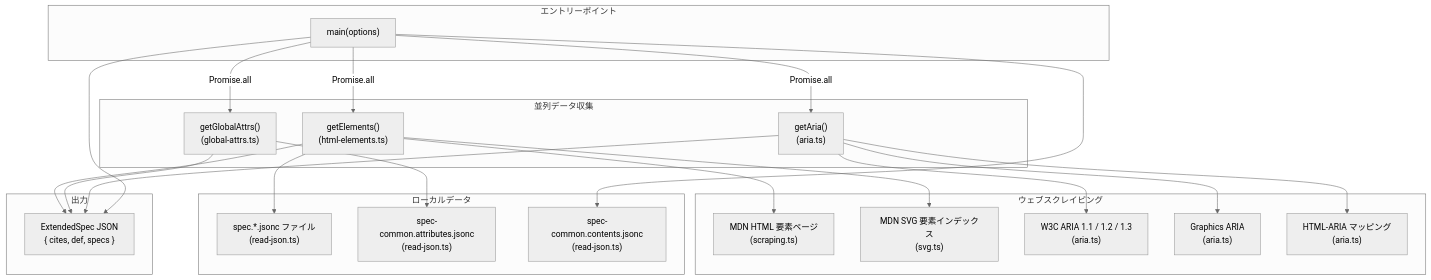
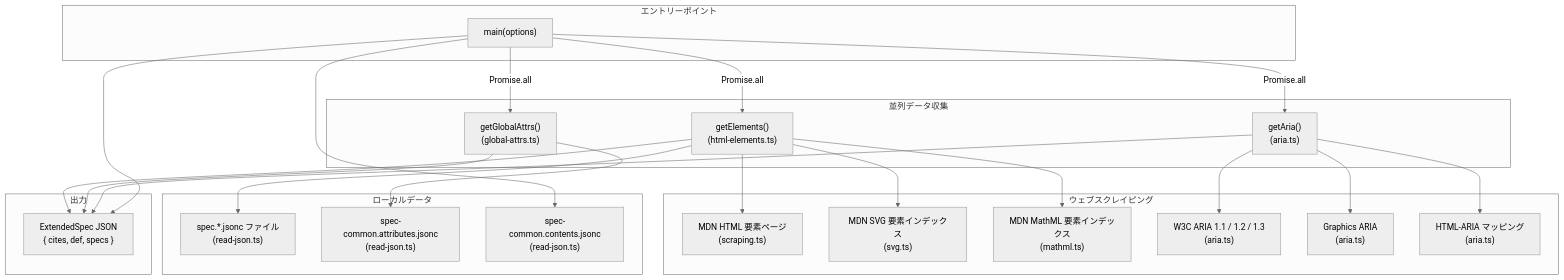
The first of 2 diagrams in packages/@markuplint/spec-generator/ARCHITECTURE.ja.md (markuplint/markuplint), drawn with Mermaid (neutral theme) before and after one commit. The commit also changed other lines of this file and 10 other files, not shown here.

````diff
--- a/packages/@markuplint/spec-generator/ARCHITECTURE.ja.md
+++ b/packages/@markuplint/spec-generator/ARCHITECTURE.ja.md
@@ -28,48 +29,50 @@
 ```mermaid
 flowchart TD
     subgraph entry ["エントリーポイント"]
         main["main(options)"]
     end
 
     subgraph parallel ["並列データ収集"]
         getElements["getElements()\n(html-elements.ts)"]
         getGlobalAttrs["getGlobalAttrs()\n(global-attrs.ts)"]
         getAria["getAria()\n(aria.ts)"]
     end
 
     subgraph scraping ["ウェブスクレイピング"]
         mdnHTML["MDN HTML 要素ページ\n(scraping.ts)"]
         mdnSVG["MDN SVG 要素インデックス\n(svg.ts)"]
+        mdnMathML["MDN MathML 要素インデックス\n(mathml.ts)"]
         ariaSpecs["W3C ARIA 1.1 / 1.2 / 1.3\n(aria.ts)"]
         graphicsAria["Graphics ARIA\n(aria.ts)"]
         htmlAria["HTML-ARIA マッピング\n(aria.ts)"]
     end
 
     subgraph local ["ローカルデータ"]
         specFiles["spec.*.jsonc ファイル\n(read-json.ts)"]
         commonAttrs["spec-common.attributes.jsonc\n(read-json.ts)"]
         commonContents["spec-common.contents.jsonc\n(read-json.ts)"]
     end
 
     subgraph output ["出力"]
         extendedSpec["ExtendedSpec JSON\n{ cites, def, specs }"]
     end
 
     main --> |"Promise.all"| getElements
     main --> |"Promise.all"| getGlobalAttrs
     main --> |"Promise.all"| getAria
 
     getElements --> specFiles
     getElements --> mdnHTML
     getElements --> mdnSVG
+    getElements --> mdnMathML
     getGlobalAttrs --> commonAttrs
     getAria --> ariaSpecs
     getAria --> graphicsAria
     getAria --> htmlAria
 
     getElements --> extendedSpec
     getGlobalAttrs --> extendedSpec
     getAria --> extendedSpec
     main --> commonContents
     main --> extendedSpec
 ```
````
